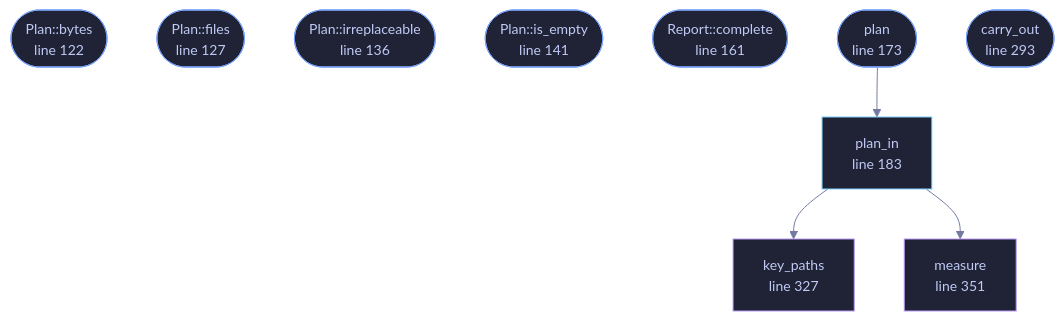
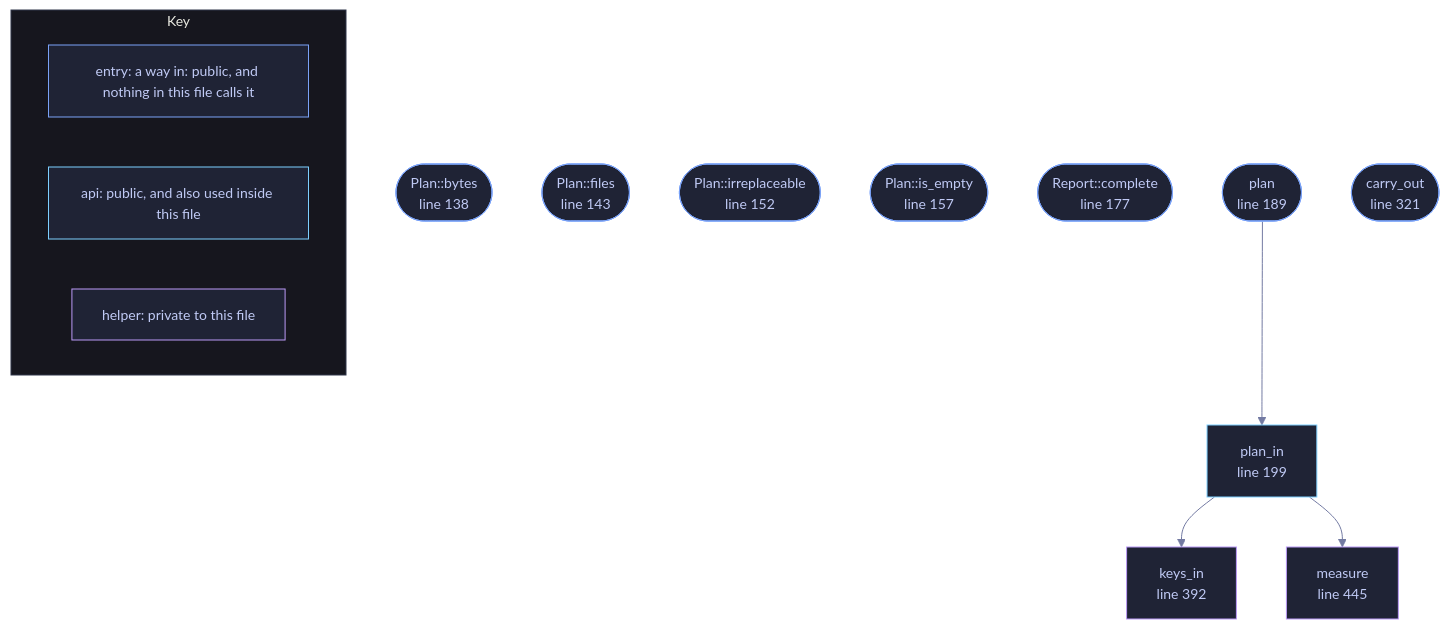
The diagram in docs/files/veilvoice-crypto/reset.md (tilas01/veilvoice), drawn with Mermaid before and after one commit. The commit also changed other lines of this file and 1510 other files, not shown here.

First line of the commit message:
Regenerate the documentation, wiki, site, graphs and measured numbers

````diff
--- a/docs/files/veilvoice-crypto/reset.md
+++ b/docs/files/veilvoice-crypto/reset.md
@@ -136,33 +137,42 @@
 ```mermaid
 %%{init: {"theme":"base","themeVariables":{"background":"#1a1b26","primaryColor":"#1f2335","primaryTextColor":"#c0caf5","primaryBorderColor":"#7aa2f7","secondaryColor":"#16161e","tertiaryColor":"#16161e","lineColor":"#737aa2","textColor":"#c0caf5","mainBkg":"#1f2335","nodeBorder":"#7aa2f7","clusterBkg":"#16161e","clusterBorder":"#2f3549","fontFamily":"ui-monospace, SFMono-Regular, Consolas, monospace","fontSize":"14px"}}}%%
 flowchart TD
-    n_bytes(["Plan::bytes<br/>line 122"])
-    n_files(["Plan::files<br/>line 127"])
-    n_irreplaceable(["Plan::irreplaceable<br/>line 136"])
-    n_is_empty(["Plan::is_empty<br/>line 141"])
-    n_complete(["Report::complete<br/>line 161"])
-    n_plan(["plan<br/>line 173"])
-    n_plan_in["plan_in<br/>line 183"]
-    n_carry_out(["carry_out<br/>line 293"])
-    n_key_paths["key_paths<br/>line 327"]
-    n_measure["measure<br/>line 351"]
+    n_bytes(["Plan::bytes<br/>line 138"])
+    n_files(["Plan::files<br/>line 143"])
+    n_irreplaceable(["Plan::irreplaceable<br/>line 152"])
+    n_is_empty(["Plan::is_empty<br/>line 157"])
+    n_complete(["Report::complete<br/>line 177"])
+    n_plan(["plan<br/>line 189"])
+    n_plan_in["plan_in<br/>line 199"]
+    n_carry_out(["carry_out<br/>line 321"])
+    n_keys_in["keys_in<br/>line 392"]
+    n_measure["measure<br/>line 445"]
     n_plan --> n_plan_in
-    n_plan_in --> n_key_paths
+    n_plan_in --> n_keys_in
     n_plan_in --> n_measure
-    click n_bytes href "https://github.com/tilas01/veilvoice/blob/main/crates/veilvoice-crypto/src/reset.rs#L122" "open the source"
-    click n_files href "https://github.com/tilas01/veilvoice/blob/main/crates/veilvoice-crypto/src/reset.rs#L127" "open the source"
-    click n_irreplaceable href "https://github.com/tilas01/veilvoice/blob/main/crates/veilvoice-crypto/src/reset.rs#L136" "open the source"
-    click n_is_empty href "https://github.com/tilas01/veilvoice/blob/main/crates/veilvoice-crypto/src/reset.rs#L141" "open the source"
-    click n_complete href "https://github.com/tilas01/veilvoice/blob/main/crates/veilvoice-crypto/src/reset.rs#L161" "open the source"
-    click n_plan href "https://github.com/tilas01/veilvoice/blob/main/crates/veilvoice-crypto/src/reset.rs#L173" "open the source"
-    click n_plan_in href "https://github.com/tilas01/veilvoice/blob/main/crates/veilvoice-crypto/src/reset.rs#L183" "open the source"
-    click n_carry_out href "https://github.com/tilas01/veilvoice/blob/main/crates/veilvoice-crypto/src/reset.rs#L293" "open the source"
-    click n_key_paths href "https://github.com/tilas01/veilvoice/blob/main/crates/veilvoice-crypto/src/reset.rs#L327" "open the source"
-    click n_measure href "https://github.com/tilas01/veilvoice/blob/main/crates/veilvoice-crypto/src/reset.rs#L351" "open the source"
+    click n_bytes href "https://github.com/tilas01/veilvoice/blob/main/crates/veilvoice-crypto/src/reset.rs#L138" "open the source"
+    click n_files href "https://github.com/tilas01/veilvoice/blob/main/crates/veilvoice-crypto/src/reset.rs#L143" "open the source"
+    click n_irreplaceable href "https://github.com/tilas01/veilvoice/blob/main/crates/veilvoice-crypto/src/reset.rs#L152" "open the source"
+    click n_is_empty href "https://github.com/tilas01/veilvoice/blob/main/crates/veilvoice-crypto/src/reset.rs#L157" "open the source"
+    click n_complete href "https://github.com/tilas01/veilvoice/blob/main/crates/veilvoice-crypto/src/reset.rs#L177" "open the source"
+    click n_plan href "https://github.com/tilas01/veilvoice/blob/main/crates/veilvoice-crypto/src/reset.rs#L189" "open the source"
+    click n_plan_in href "https://github.com/tilas01/veilvoice/blob/main/crates/veilvoice-crypto/src/reset.rs#L199" "open the source"
+    click n_carry_out href "https://github.com/tilas01/veilvoice/blob/main/crates/veilvoice-crypto/src/reset.rs#L321" "open the source"
+    click n_keys_in href "https://github.com/tilas01/veilvoice/blob/main/crates/veilvoice-crypto/src/reset.rs#L392" "open the source"
+    click n_measure href "https://github.com/tilas01/veilvoice/blob/main/crates/veilvoice-crypto/src/reset.rs#L445" "open the source"
     classDef entry fill:#1f2335,stroke:#7aa2f7,color:#c0caf5
     class n_bytes,n_files,n_irreplaceable,n_is_empty,n_complete,n_plan,n_carry_out entry
     classDef api fill:#1f2335,stroke:#7dcfff,color:#c0caf5
     class n_plan_in api
     classDef helper fill:#1f2335,stroke:#bb9af7,color:#c0caf5
-    class n_key_paths,n_measure helper
+    class n_keys_in,n_measure helper
+    subgraph chart_key ["Key"]
+        direction LR
+        key_entry["entry: a way in: public, and nothing in this file calls it"]
+        key_api["api: public, and also used inside this file"]
+        key_helper["helper: private to this file"]
+    end
+    class key_entry entry
+    class key_api api
+    class key_helper helper
 ```
````
